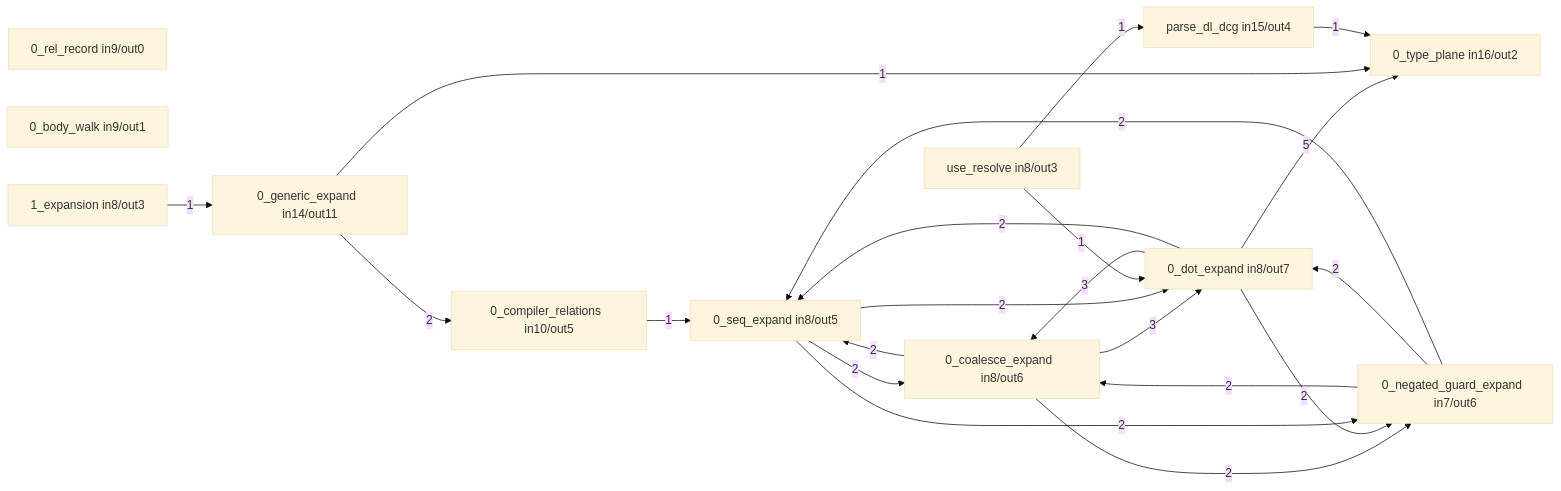
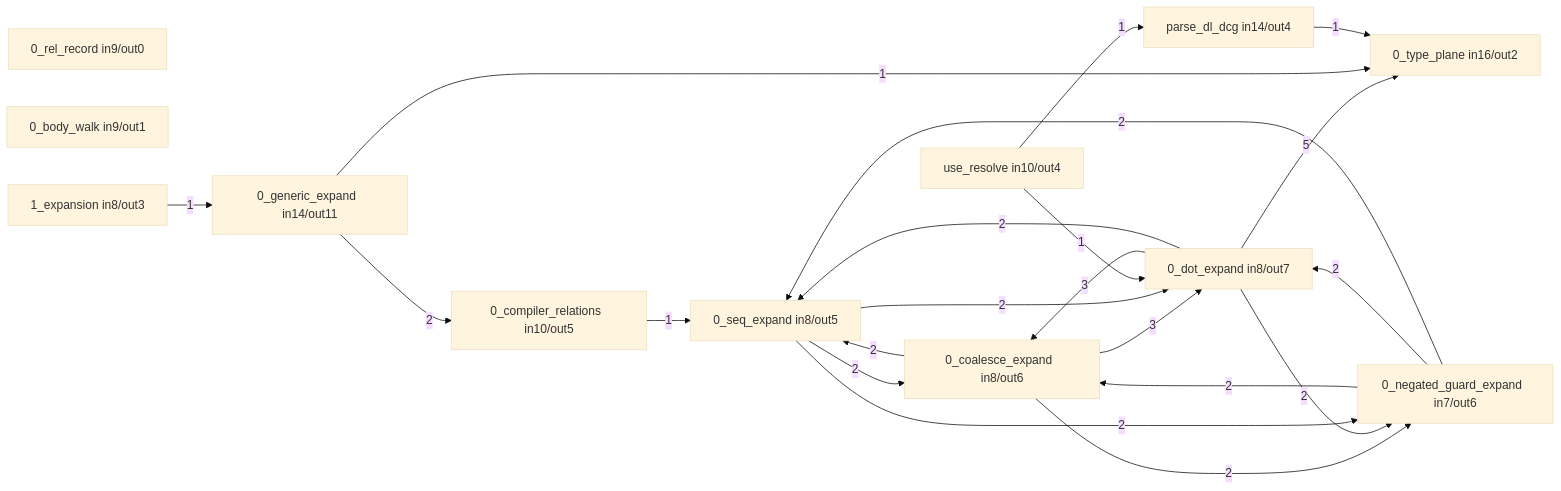
The second of 6 diagrams in docs/selfdoc/compiler.md (hafley66/sprefa), drawn with Mermaid (base theme) before and after one commit. The commit also changed other lines of this file and 4 other files, not shown here.

````diff
--- a/docs/selfdoc/compiler.md
+++ b/docs/selfdoc/compiler.md
@@ -78,35 +78,35 @@
 ```mermaid
 flowchart LR
   n1["0_type_plane  in16/out2"]
-  n2["parse_dl_dcg  in15/out4"]
-  n3["0_generic_expand  in14/out11"]
-  n4["0_compiler_relations  in10/out5"]
-  n5["0_rel_record  in9/out0"]
-  n6["0_body_walk  in9/out1"]
-  n7["0_dot_expand  in8/out7"]
-  n8["use_resolve  in8/out3"]
+  n2["0_generic_expand  in14/out11"]
+  n3["parse_dl_dcg  in14/out4"]
+  n4["use_resolve  in10/out4"]
+  n5["0_compiler_relations  in10/out5"]
+  n6["0_rel_record  in9/out0"]
+  n7["0_body_walk  in9/out1"]
+  n8["0_dot_expand  in8/out7"]
   n9["0_coalesce_expand  in8/out6"]
   n10["0_seq_expand  in8/out5"]
   n11["1_expansion  in8/out3"]
   n12["0_negated_guard_expand  in7/out6"]
-  n7 -->|5| n1
-  n9 -->|3| n7
-  n7 -->|3| n9
+  n8 -->|5| n1
+  n9 -->|3| n8
+  n8 -->|3| n9
   n9 -->|2| n12
   n9 -->|2| n10
-  n7 -->|2| n12
-  n7 -->|2| n10
-  n3 -->|2| n4
+  n8 -->|2| n12
+  n8 -->|2| n10
+  n2 -->|2| n5
   n12 -->|2| n9
-  n12 -->|2| n7
+  n12 -->|2| n8
   n12 -->|2| n10
   n10 -->|2| n9
-  n10 -->|2| n7
+  n10 -->|2| n8
   n10 -->|2| n12
-  n4 -->|1| n10
+  n5 -->|1| n10
+  n2 -->|1| n1
+  n11 -->|1| n2
   n3 -->|1| n1
-  n11 -->|1| n3
-  n2 -->|1| n1
-  n8 -->|1| n7
-  n8 -->|1| n2
+  n4 -->|1| n8
+  n4 -->|1| n3
 ```
````
